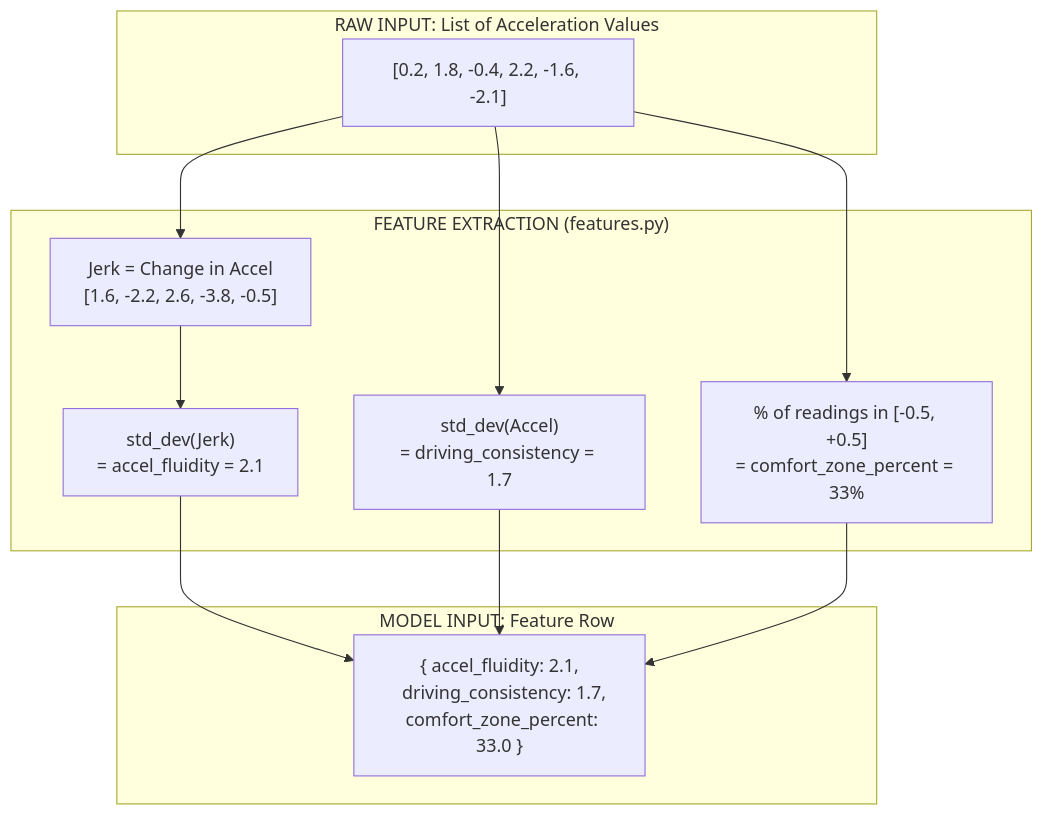
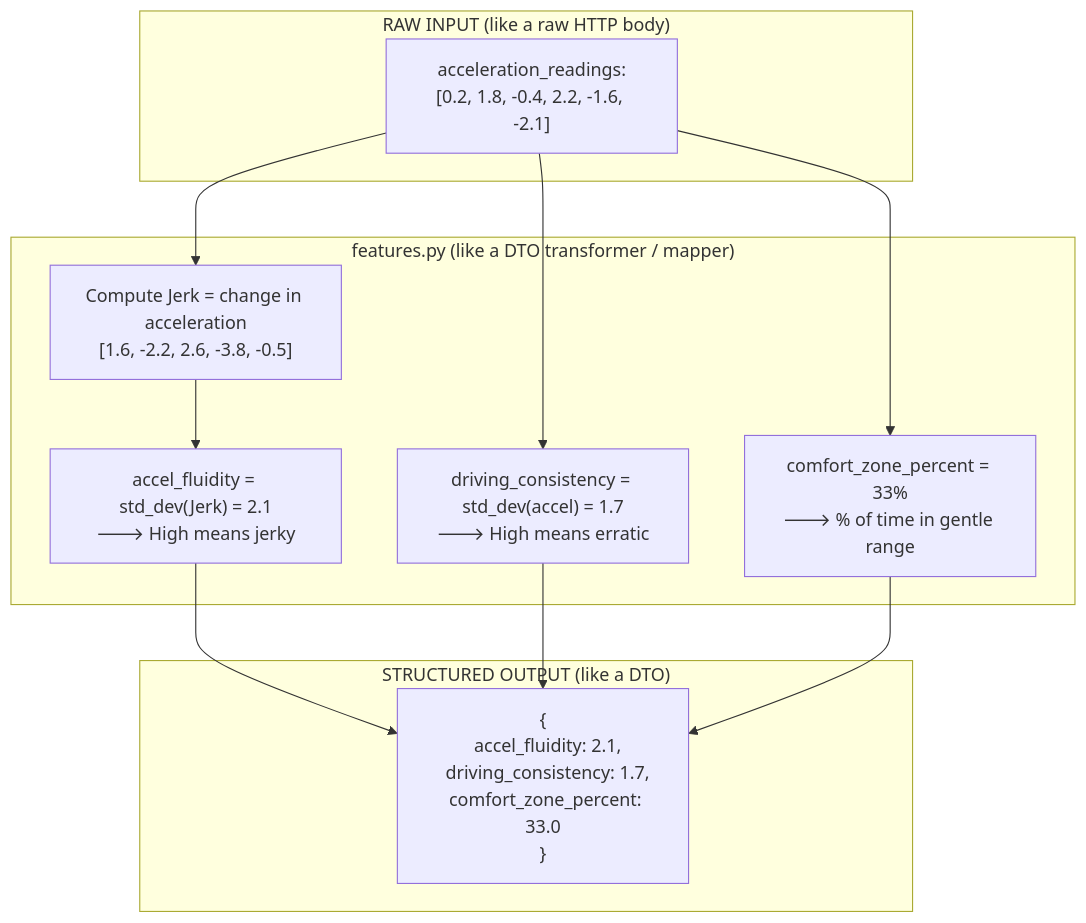
One commit to Project-Be-Better/learning-ml changed the fourth of 16 diagrams in docs/ml_pipeline_guide.md. Above: the diagram before and after it, drawn with Mermaid. The commit also changed other lines of this file, not shown here.

````diff
--- a/docs/ml_pipeline_guide.md
+++ b/docs/ml_pipeline_guide.md
@@ -91,24 +97,24 @@
 ```mermaid
 flowchart TD
-    subgraph "RAW INPUT: List of Acceleration Values"
-        R["[0.2, 1.8, -0.4, 2.2, -1.6, -2.1]"]
+    subgraph "RAW INPUT (like a raw HTTP body)"
+        R["acceleration_readings:\n[0.2, 1.8, -0.4, 2.2, -1.6, -2.1]"]
     end
 
-    subgraph "FEATURE EXTRACTION (features.py)"
-        F1["Jerk = Change in Accel\n[1.6, -2.2, 2.6, -3.8, -0.5]"]
-        F2["std_dev(Jerk)\n= accel_fluidity = 2.1"]
-        F3["std_dev(Accel)\n= driving_consistency = 1.7"]
-        F4["% of readings in [-0.5, +0.5]\n= comfort_zone_percent = 33%"]
+    subgraph "features.py (like a DTO transformer / mapper)"
+        F1["Compute Jerk = change in acceleration\n[1.6, -2.2, 2.6, -3.8, -0.5]"]
+        F2["accel_fluidity = std_dev(Jerk) = 2.1\n🡒 High means jerky"]
+        F3["driving_consistency = std_dev(accel) = 1.7\n🡒 High means erratic"]
+        F4["comfort_zone_percent = 33%\n🡒 % of time in gentle range"]
     end
 
-    subgraph "MODEL INPUT: Feature Row"
-        M["{ accel_fluidity: 2.1,\n  driving_consistency: 1.7,\n  comfort_zone_percent: 33.0 }"]
+    subgraph "STRUCTURED OUTPUT (like a DTO)"
+        M["{\n  accel_fluidity: 2.1,\n  driving_consistency: 1.7,\n  comfort_zone_percent: 33.0\n}"]
     end
 
     R --> F1 --> F2
     R --> F3
     R --> F4
     F2 --> M
     F3 --> M
     F4 --> M
 ```
````
